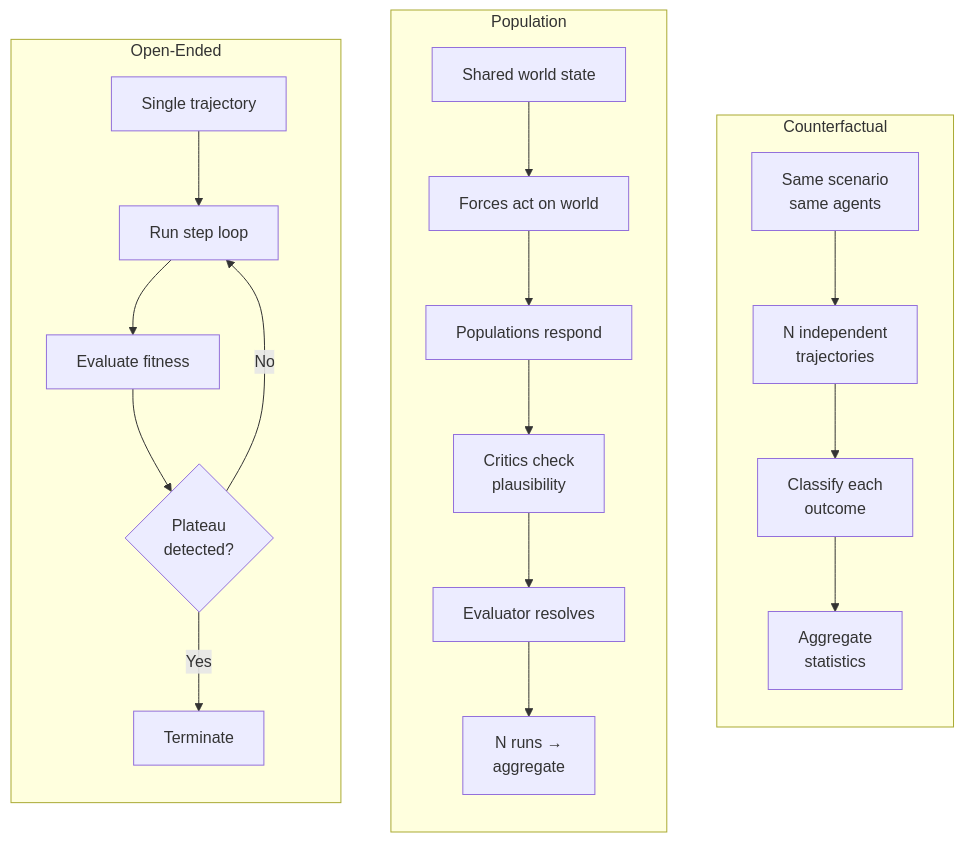
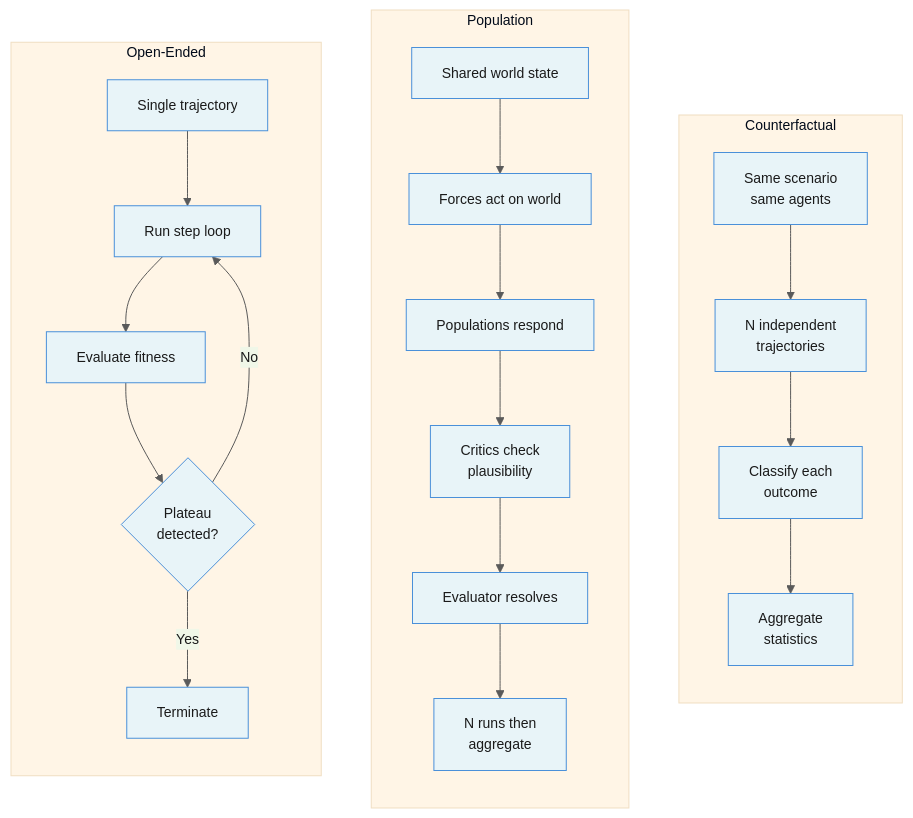
One commit to georgosgeorgos/minimal-agora changed the third of 8 diagrams in docs/guide.md. Above: the diagram before and after it, drawn with Mermaid. The commit also changed other lines of this file and 1 other file, not shown here.

First line of the commit message:
Improve Mermaid diagram readability: light theme, clean labels

````diff
--- a/docs/guide.md
+++ b/docs/guide.md
@@ -189,27 +191,28 @@
 ```mermaid
+%%{init: {'theme': 'base', 'themeVariables': {'primaryColor': '#e8f4f8', 'primaryTextColor': '#1a1a1a', 'primaryBorderColor': '#4a90d9', 'lineColor': '#5a5a5a', 'secondaryColor': '#f0f7e8', 'tertiaryColor': '#fff5e6', 'fontSize': '14px'}}}%%
 flowchart TD
     subgraph Counterfactual
         direction TB
         C1[Same scenario\nsame agents] --> C2[N independent\ntrajectories]
         C2 --> C3[Classify each\noutcome]
         C3 --> C4[Aggregate\nstatistics]
     end
 
     subgraph Population
         direction TB
         P1[Shared world state] --> P2[Forces act on world]
         P2 --> P3[Populations respond]
         P3 --> P4[Critics check\nplausibility]
         P4 --> P5[Evaluator resolves]
-        P5 --> P6[N runs →\naggregate]
+        P5 --> P6[N runs then\naggregate]
     end
 
     subgraph Open-Ended
         direction TB
         O1[Single trajectory] --> O2[Run step loop]
         O2 --> O3[Evaluate fitness]
         O3 --> O4{Plateau\ndetected?}
         O4 -->|No| O2
         O4 -->|Yes| O5[Terminate]
     end
 ```
````
